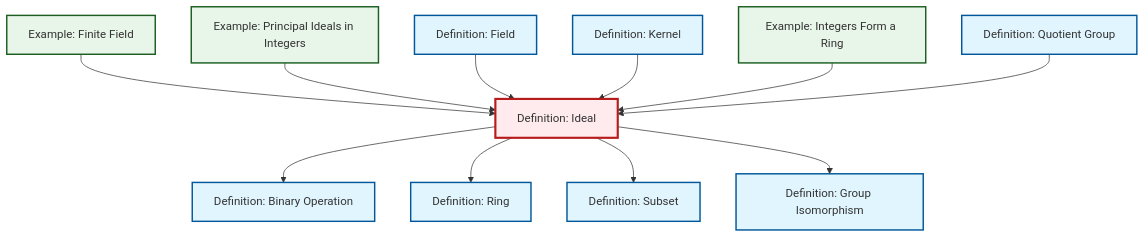
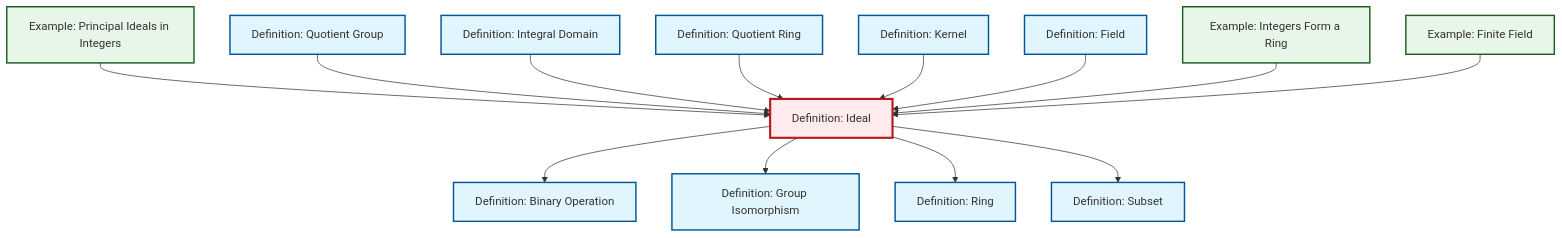
One commit to RK0429/ModernMath changed the diagram in content/ja/algebra/def-ideal.qmd. Above: the diagram before and after it, drawn with Mermaid. The commit also changed other lines of this file and 597 other files, not shown here.

````diff
--- a/content/ja/algebra/def-ideal.qmd
+++ b/content/ja/algebra/def-ideal.qmd
@@ -81,41 +83,47 @@
 ```{mermaid}
 %%| fig-cap: "Local dependency graph"
 graph TD
     classDef definition fill:#e1f5fe,stroke:#01579b,stroke-width:2px
     classDef theorem fill:#f3e5f5,stroke:#4a148c,stroke-width:2px
     classDef axiom fill:#fff3e0,stroke:#e65100,stroke-width:2px
     classDef example fill:#e8f5e9,stroke:#1b5e20,stroke-width:2px
     classDef current fill:#ffebee,stroke:#b71c1c,stroke-width:3px
-    def-binary-operation["Definition: Binary Operation"]:::definition
     def-subset["Definition: Subset"]:::definition
-    def-ring["Definition: Ring"]:::definition
     ex-finite-field["Example: Finite Field"]:::example
-    def-quotient-group["Definition: Quotient Group"]:::definition
+    def-integral-domain["Definition: Integral Domain"]:::definition
     def-ideal["Definition: Ideal"]:::definition
     def-isomorphism["Definition: Group Isomorphism"]:::definition
+    ex-principal-ideal["Example: Principal Ideals in Integers"]:::example
+    def-quotient-ring["Definition: Quotient Ring"]:::definition
+    def-ring["Definition: Ring"]:::definition
     def-kernel["Definition: Kernel"]:::definition
-    ex-principal-ideal["Example: Principal Ideals in Integers"]:::example
+    def-field["Definition: Field"]:::definition
+    def-quotient-group["Definition: Quotient Group"]:::definition
     ex-integers-ring["Example: Integers Form a Ring"]:::example
-    def-field["Definition: Field"]:::definition
+    def-binary-operation["Definition: Binary Operation"]:::definition
+    ex-principal-ideal --> def-ideal
+    def-quotient-group --> def-ideal
+    def-ideal --> def-binary-operation
+    def-ideal --> def-isomorphism
+    def-integral-domain --> def-ideal
+    def-quotient-ring --> def-ideal
+    def-kernel --> def-ideal
+    def-ideal --> def-ring
+    def-field --> def-ideal
+    ex-integers-ring --> def-ideal
     ex-finite-field --> def-ideal
-    def-ideal --> def-binary-operation
-    ex-principal-ideal --> def-ideal
-    def-field --> def-ideal
-    def-ideal --> def-ring
-    def-kernel --> def-ideal
-    ex-integers-ring --> def-ideal
-    def-quotient-group --> def-ideal
     def-ideal --> def-subset
-    def-ideal --> def-isomorphism
     class def-ideal current
+    click def-subset "def-subset.html" "Definition: Subsetへ"
+    click ex-finite-field "ex-finite-field.html" "Example: Finite Fieldへ"
+    click def-integral-domain "def-integral-domain.html" "Definition: Integral Domainへ"
+    click def-isomorphism "def-isomorphism.html" "Definition: Group Isomorphismへ"
+    click ex-principal-ideal "ex-principal-ideal.html" "Example: Principal Ideals in Integersへ"
+    click def-quotient-ring "def-quotient-ring.html" "Definition: Quotient Ringへ"
+    click def-ring "def-ring.html" "Definition: Ringへ"
+    click def-kernel "def-kernel.html" "Definition: Kernelへ"
+    click def-field "def-field.html" "Definition: Fieldへ"
+    click def-quotient-group "def-quotient-group.html" "Definition: Quotient Groupへ"
+    click ex-integers-ring "ex-integers-ring.html" "Example: Integers Form a Ringへ"
     click def-binary-operation "def-binary-operation.html" "Definition: Binary Operationへ"
-    click def-subset "def-subset.html" "Definition: Subsetへ"
-    click def-ring "def-ring.html" "Definition: Ringへ"
-    click ex-finite-field "ex-finite-field.html" "Example: Finite Fieldへ"
-    click def-quotient-group "def-quotient-group.html" "Definition: Quotient Groupへ"
-    click def-isomorphism "def-isomorphism.html" "Definition: Group Isomorphismへ"
-    click def-kernel "def-kernel.html" "Definition: Kernelへ"
-    click ex-principal-ideal "ex-principal-ideal.html" "Example: Principal Ideals in Integersへ"
-    click ex-integers-ring "ex-integers-ring.html" "Example: Integers Form a Ringへ"
-    click def-field "def-field.html" "Definition: Fieldへ"
 ```
````
